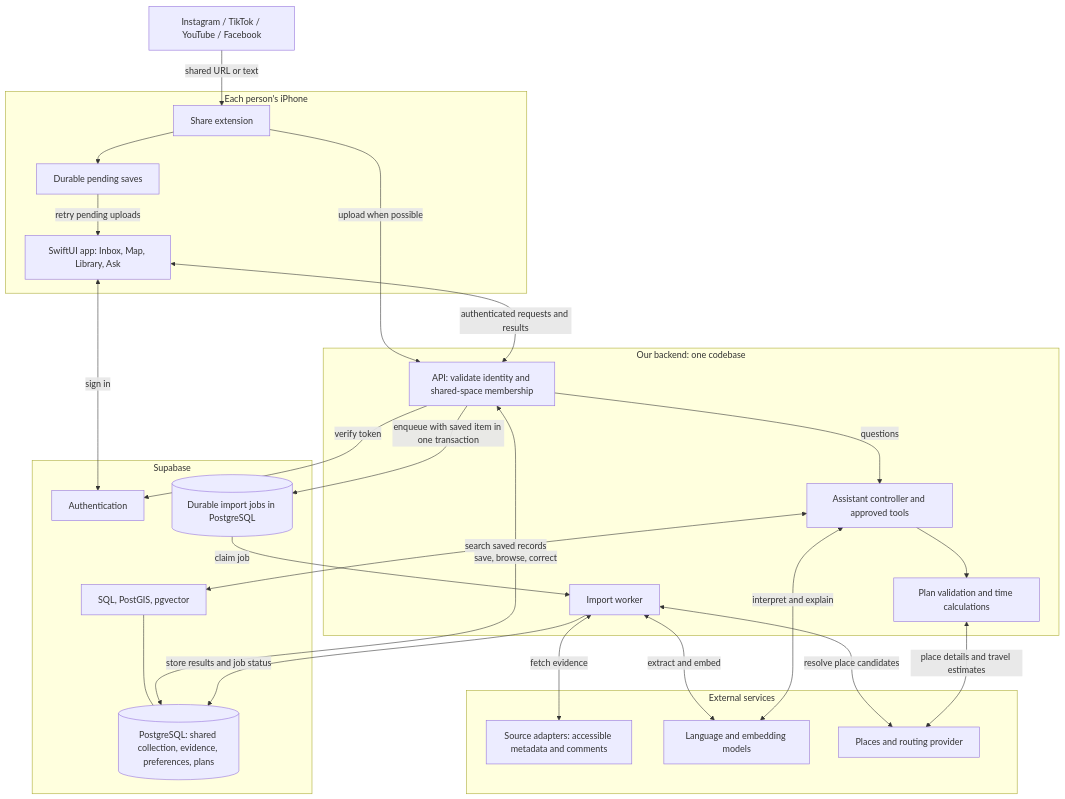
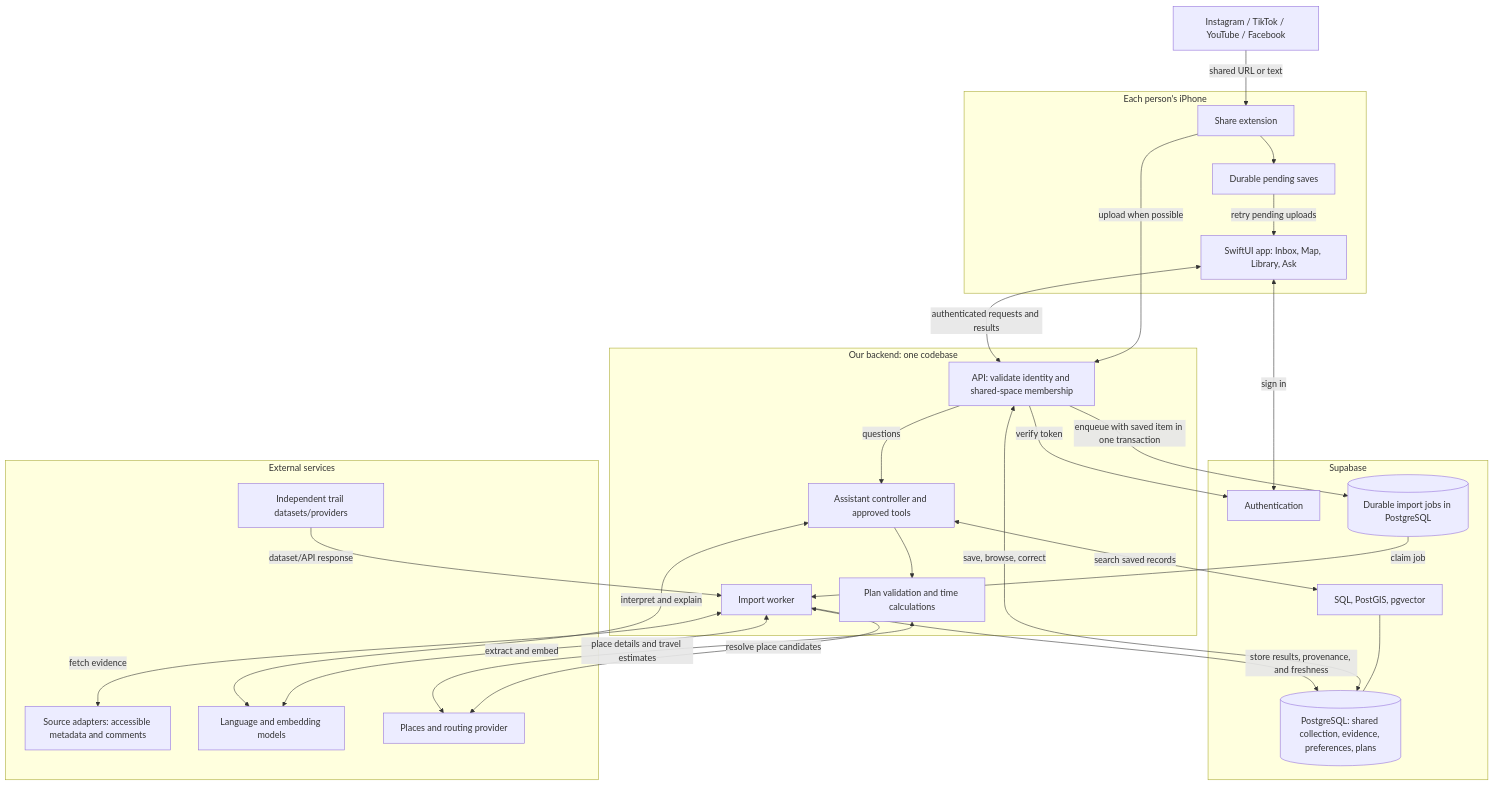
The first of 4 diagrams in ARCHITECTURE.md (protiktoken/reelspot), drawn with Mermaid before and after one commit. The commit also changed other lines of this file and 3 other files, not shown here.

````diff
--- a/ARCHITECTURE.md
+++ b/ARCHITECTURE.md
@@ -7,51 +7,53 @@
 ```mermaid
 flowchart TB
     Social["Instagram / TikTok / YouTube / Facebook"]
 
     subgraph Device["Each person's iPhone"]
         Share["Share extension"]
         Pending["Durable pending saves"]
         App["SwiftUI app: Inbox, Map, Library, Ask"]
         Share --> Pending
         Pending -->|retry pending uploads| App
     end
 
     subgraph Backend["Our backend: one codebase"]
         API["API: validate identity and shared-space membership"]
         Worker["Import worker"]
         Assistant["Assistant controller and approved tools"]
         Planner["Plan validation and time calculations"]
         API -->|questions| Assistant
         Assistant --> Planner
     end
 
     subgraph Storage["Supabase"]
         Auth["Authentication"]
         DB[("PostgreSQL: shared collection, evidence, preferences, plans")]
         Queue[("Durable import jobs in PostgreSQL")]
         Search["SQL, PostGIS, pgvector"]
         Search --- DB
     end
 
     subgraph External["External services"]
         Content["Source adapters: accessible metadata and comments"]
+        TrailData["Independent trail datasets/providers"]
         Model["Language and embedding models"]
         Maps["Places and routing provider"]
     end
 
     Social -->|shared URL or text| Share
     App <-->|sign in| Auth
     Share -->|upload when possible| API
     App <-->|authenticated requests and results| API
     API -->|verify token| Auth
     API <-->|save, browse, correct| DB
     API -->|enqueue with saved item in one transaction| Queue
     Queue -->|claim job| Worker
     Worker <-->|fetch evidence| Content
+    TrailData -->|dataset/API response| Worker
     Worker <-->|extract and embed| Model
     Worker <-->|resolve place candidates| Maps
-    Worker -->|store results and job status| DB
+    Worker -->|store results, provenance, and freshness| DB
     Assistant <-->|interpret and explain| Model
     Assistant <-->|search saved records| Search
     Planner <-->|place details and travel estimates| Maps
 ```
````
